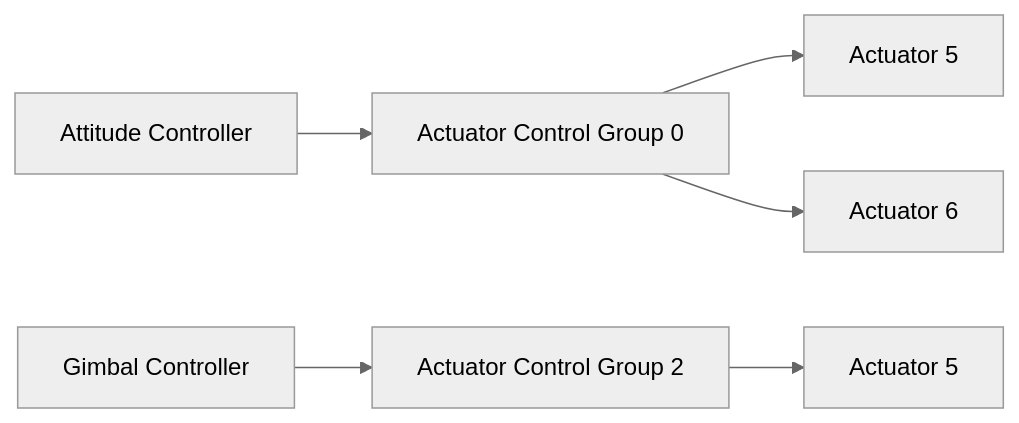
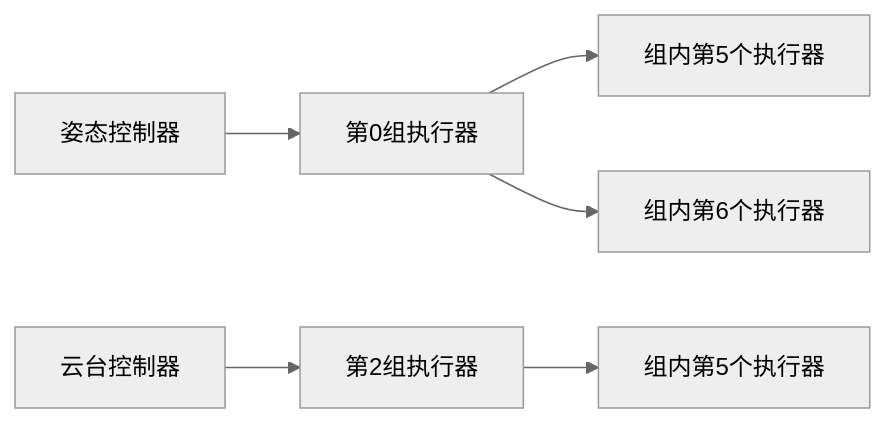
Before and after one commit to FantasyJXF/Translation: the first of 3 diagrams in 2_Concepts/mixingand_actuators.md, drawn with Mermaid (neutral theme). The commit also changed other lines of this file, not shown here.

```diff
--- a/2_Concepts/mixingand_actuators.md
+++ b/2_Concepts/mixingand_actuators.md
@@ -14,8 +14,8 @@
 {% mermaid %}
 graph LR;
-  att_ctrl[Attitude Controller] --> act_group0[Actuator Control Group 0]
-  gimbal_ctrl[Gimbal Controller] --> act_group2[Actuator Control Group 2]
-  act_group0 --> output_group5[Actuator 5]
-  act_group0 --> output_group6[Actuator 6]
-  act_group2[Actuator Control Group 2] --> output_group0[Actuator 5]
+  att_ctrl[姿态控制器] --> act_group0[第0组执行器]
+  gimbal_ctrl[云台控制器] --> act_group2[第2组执行器]
+  act_group0 --> output_group5[组内第5个执行器]
+  act_group0 --> output_group6[组内第6个执行器]
+  act_group2[第2组执行器] --> output_group0[组内第5个执行器]
 {% endmermaid %}
```
